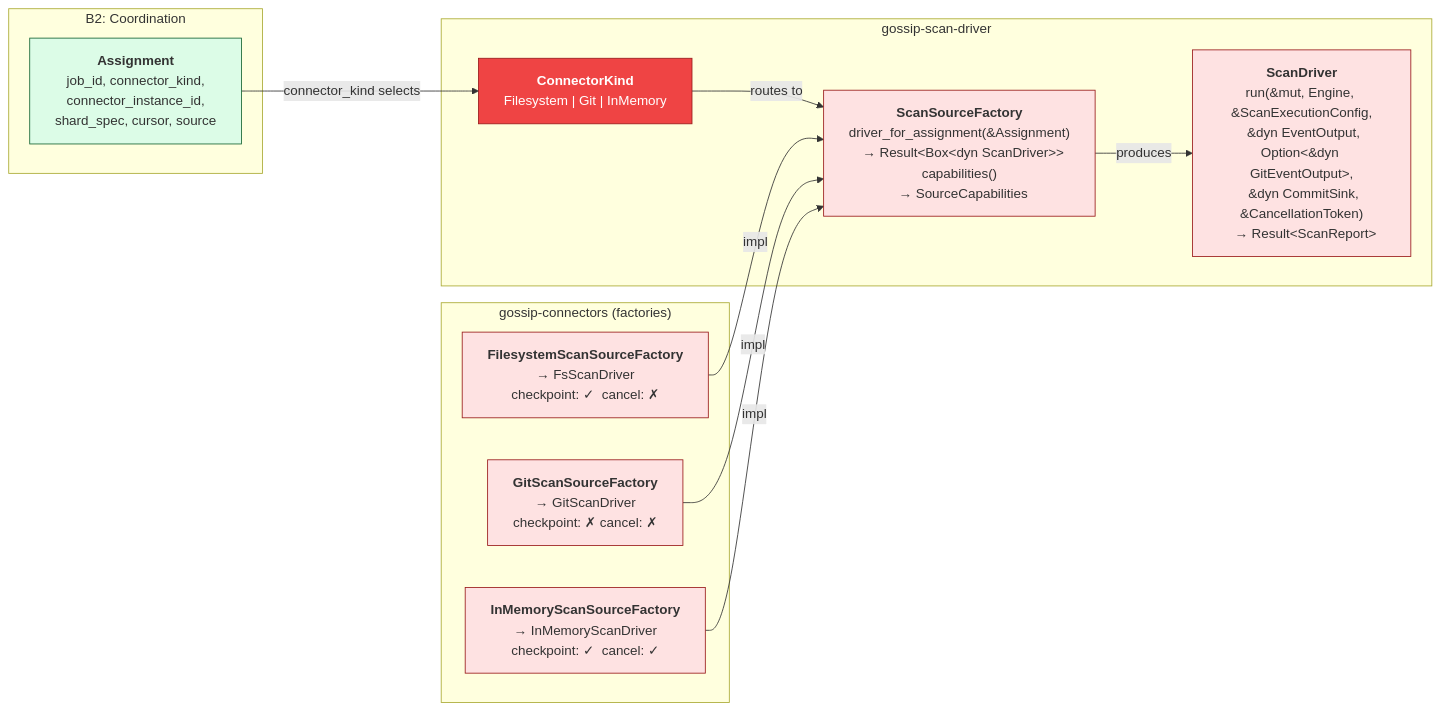
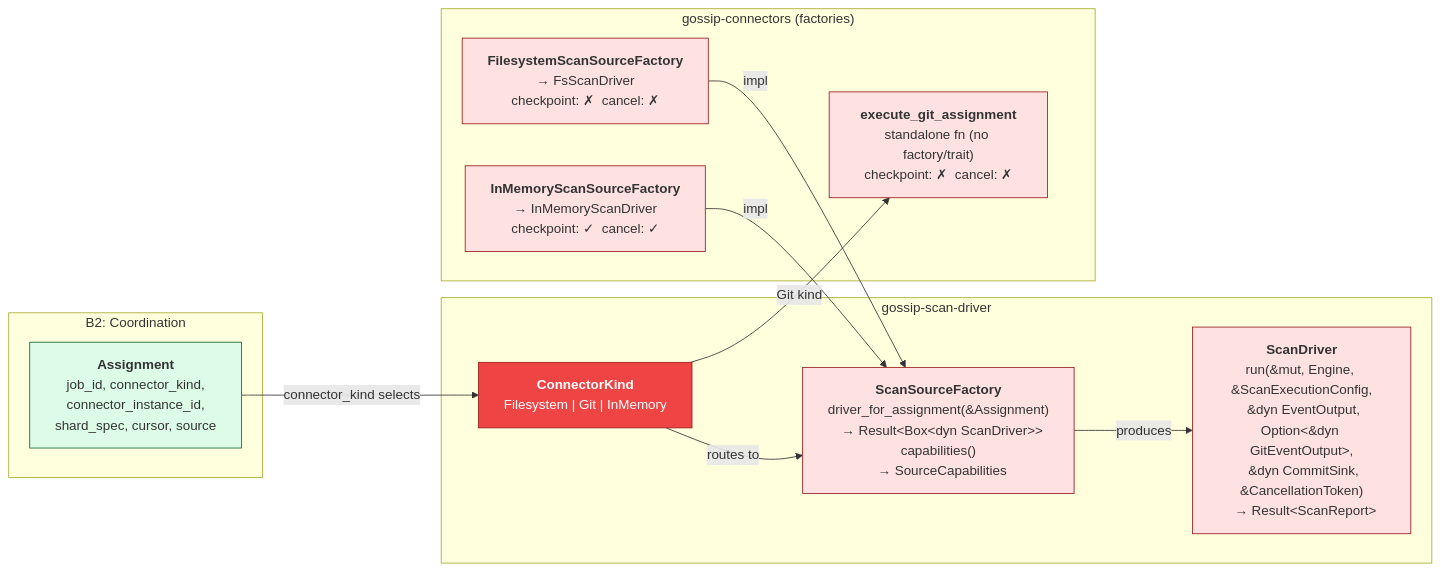
Before and after one commit to ahrav/Gossip-rs: the third of 4 diagrams in diagrams/14-connector-architecture.md, drawn with Mermaid. The commit also changed other lines of this file and 4 other files, not shown here.

First line of the commit message:
Refactor git scan execution to bypass factory/trait path

````diff
--- a/diagrams/14-connector-architecture.md
+++ b/diagrams/14-connector-architecture.md
@@ -128,35 +128,35 @@
 ```mermaid
 %% Diagram: connector-driver-bridge
 graph LR
     subgraph Coordination["B2: Coordination"]
         AS["<b>Assignment</b><br/>job_id, connector_kind,<br/>connector_instance_id,<br/>shard_spec, cursor, source"]
     end
 
     subgraph ScanDriver["gossip-scan-driver"]
         CK["<b>ConnectorKind</b><br/>Filesystem | Git | InMemory"]
         SSF["<b>ScanSourceFactory</b><br/>driver_for_assignment(&Assignment)<br/>  → Result&lt;Box&lt;dyn ScanDriver&gt;&gt;<br/>capabilities()<br/>  → SourceCapabilities"]
         SD["<b>ScanDriver</b><br/>run(&mut, Engine, &ScanExecutionConfig,<br/>  &dyn EventOutput, Option&lt;&dyn GitEventOutput&gt;,<br/>  &dyn CommitSink, &CancellationToken)<br/>  → Result&lt;ScanReport&gt;"]
     end
 
     subgraph Factories["gossip-connectors (factories)"]
-        FSF["<b>FilesystemScanSourceFactory</b><br/>→ FsScanDriver<br/>checkpoint: ✓  cancel: ✗"]
-        GSF["<b>GitScanSourceFactory</b><br/>→ GitScanDriver<br/>checkpoint: ✗  cancel: ✗"]
+        FSF["<b>FilesystemScanSourceFactory</b><br/>→ FsScanDriver<br/>checkpoint: ✗  cancel: ✗"]
+        EGA["<b>execute_git_assignment</b><br/>standalone fn (no factory/trait)<br/>checkpoint: ✗  cancel: ✗"]
         MSF["<b>InMemoryScanSourceFactory</b><br/>→ InMemoryScanDriver<br/>checkpoint: ✓  cancel: ✓"]
     end
 
     AS -->|"connector_kind selects"| CK
     CK -->|"routes to"| SSF
     SSF -->|"produces"| SD
 
     FSF -->|impl| SSF
-    GSF -->|impl| SSF
     MSF -->|impl| SSF
+    CK -->|"Git kind"| EGA
 
     style AS fill:#DCFCE7,stroke:#166534
     style CK fill:#EF4444,stroke:#991B1B,color:#fff
     style SSF fill:#FEE2E2,stroke:#991B1B
     style SD fill:#FEE2E2,stroke:#991B1B
     style FSF fill:#FEE2E2,stroke:#991B1B
-    style GSF fill:#FEE2E2,stroke:#991B1B
+    style EGA fill:#FEE2E2,stroke:#991B1B
     style MSF fill:#FEE2E2,stroke:#991B1B
 ```
````
